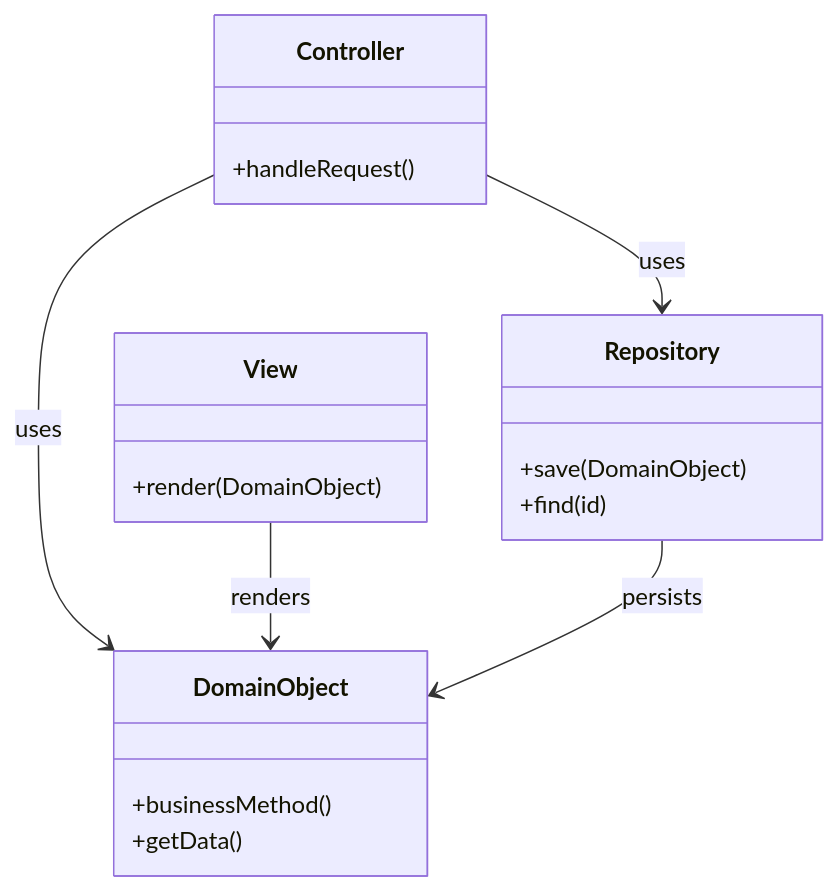
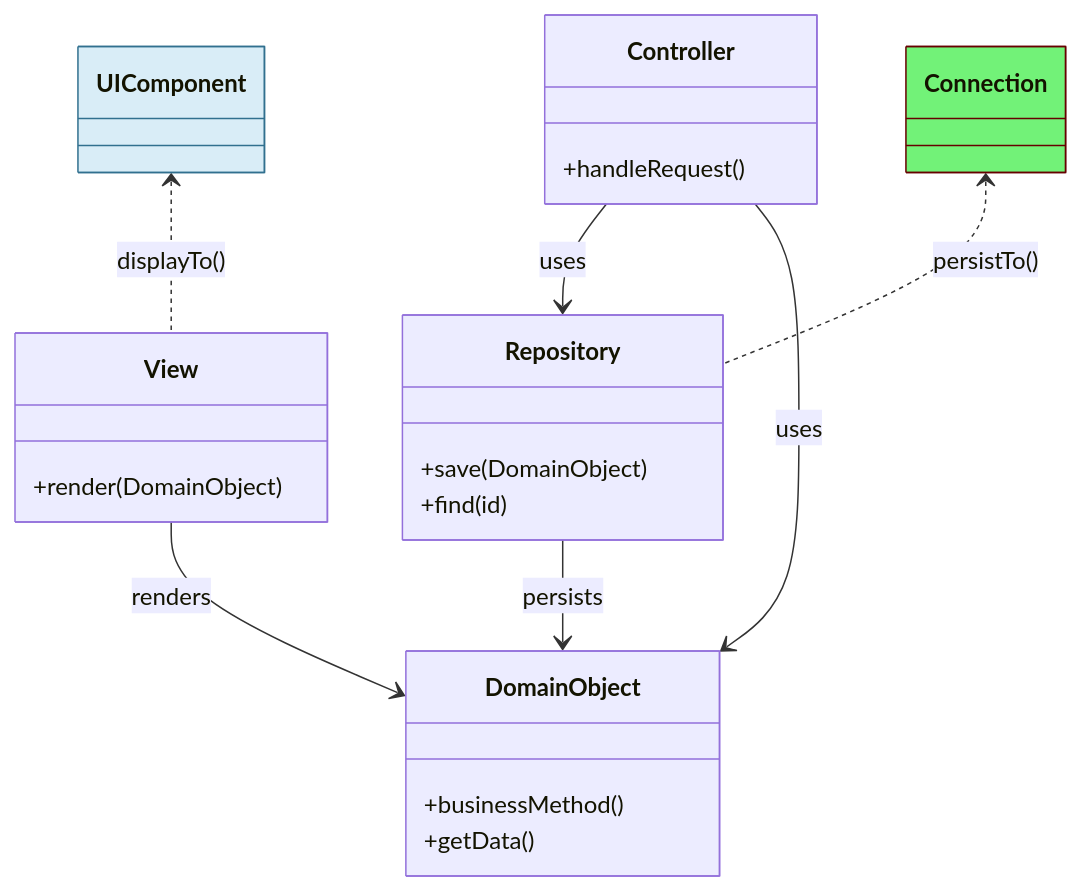
Before and after one commit to andreas-wagner-dev/object-oriented-learning-journey: the first of 5 diagrams in blog/ui/Classic-DDD-vs-OOP-UI-Persistence-FINAL.md, drawn with Mermaid. The commit also changed other lines of this file, not shown here.

````diff
--- a/blog/ui/Classic-DDD-vs-OOP-UI-Persistence-FINAL.md
+++ b/blog/ui/Classic-DDD-vs-OOP-UI-Persistence-FINAL.md
@@ -63,21 +60,28 @@
 ```mermaid
 classDiagram
     class DomainObject {
         +businessMethod()
         +getData()
     }
     class Repository {
         +save(DomainObject)
         +find(id)
     }
     class Controller {
         +handleRequest()
     }
     class View {
         +render(DomainObject)
     }
+
+    UIComponent <.. View : displayTo()
+    Connection <.. Repository : persistTo()
+
     Controller --> Repository : uses
     Controller --> DomainObject : uses
     View --> DomainObject : renders
     Repository --> DomainObject : persists
+
+   style UIComponent fill:#d9edf7,stroke:#31708f
+   style Connection fill:#72f278,stroke:#600
 ```
````
